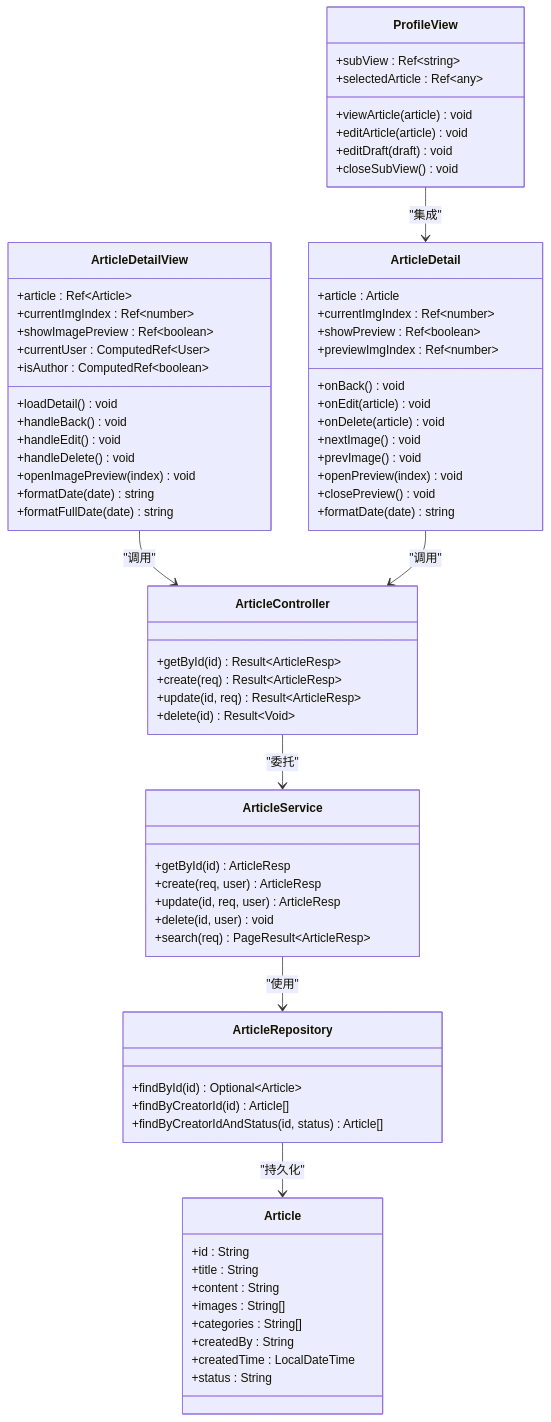
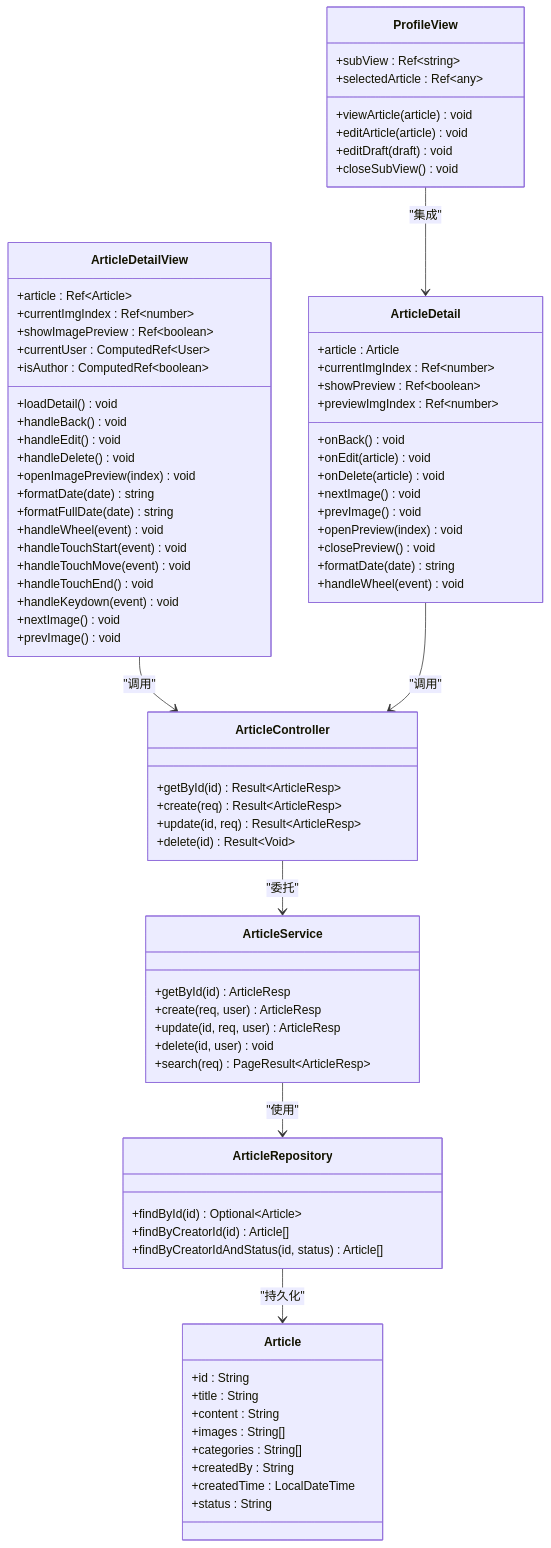
Before and after one commit to 20164206160/zhishilu: the second of 16 diagrams in .qoder/repowiki/zh/content/Article Detail View.md, drawn with Mermaid. The commit also changed other lines of this file and 26 other files, not shown here.

````diff
--- a/.qoder/repowiki/zh/content/Article Detail View.md
+++ b/.qoder/repowiki/zh/content/Article Detail View.md
@@ -101,73 +104,81 @@
 ```mermaid
 classDiagram
 class ArticleDetailView {
 +article : Ref~Article~
 +currentImgIndex : Ref~number~
 +showImagePreview : Ref~boolean~
 +currentUser : ComputedRef~User~
 +isAuthor : ComputedRef~boolean~
 +loadDetail() void
 +handleBack() void
 +handleEdit() void
 +handleDelete() void
 +openImagePreview(index) void
 +formatDate(date) string
 +formatFullDate(date) string
++handleWheel(event) void
++handleTouchStart(event) void
++handleTouchMove(event) void
++handleTouchEnd() void
++handleKeydown(event) void
++nextImage() void
++prevImage() void
 }
 class ArticleDetail {
 +article : Article
 +currentImgIndex : Ref~number~
 +showPreview : Ref~boolean~
 +previewImgIndex : Ref~number~
 +onBack() void
 +onEdit(article) void
 +onDelete(article) void
 +nextImage() void
 +prevImage() void
 +openPreview(index) void
 +closePreview() void
 +formatDate(date) string
++handleWheel(event) void
 }
 class ProfileView {
 +subView : Ref~string~
 +selectedArticle : Ref~any~
 +viewArticle(article) void
 +editArticle(article) void
 +editDraft(draft) void
 +closeSubView() void
 }
 class ArticleController {
 +getById(id) Result~ArticleResp~
 +create(req) Result~ArticleResp~
 +update(id, req) Result~ArticleResp~
 +delete(id) Result~Void~
 }
 class ArticleService {
 +getById(id) ArticleResp
 +create(req, user) ArticleResp
 +update(id, req, user) ArticleResp
 +delete(id, user) void
 +search(req) PageResult~ArticleResp~
 }
 class ArticleRepository {
 +findById(id) Optional~Article~
 +findByCreatorId(id) Article[]
 +findByCreatorIdAndStatus(id, status) Article[]
 }
 class Article {
 +id : String
 +title : String
 +content : String
 +images : String[]
 +categories : String[]
 +createdBy : String
 +createdTime : LocalDateTime
 +status : String
 }
 ArticleDetailView --> ArticleController : "调用"
 ArticleDetail --> ArticleController : "调用"
 ProfileView --> ArticleDetail : "集成"
 ArticleController --> ArticleService : "委托"
 ArticleService --> ArticleRepository : "使用"
 ArticleRepository --> Article : "持久化"
 ```
````
